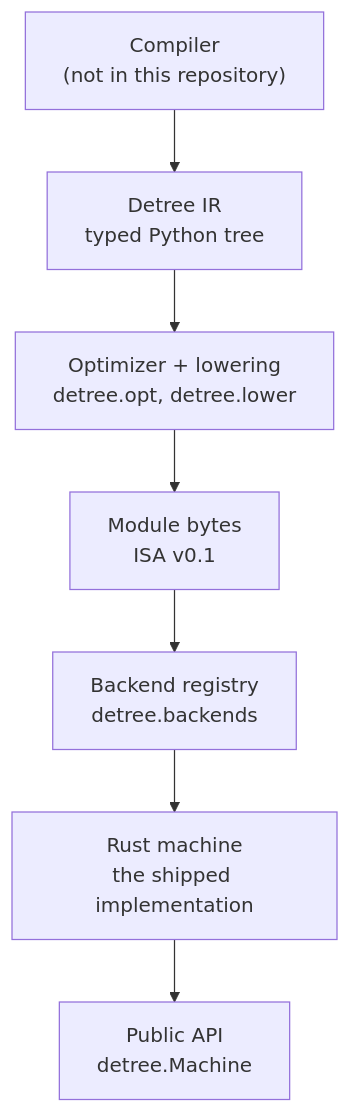
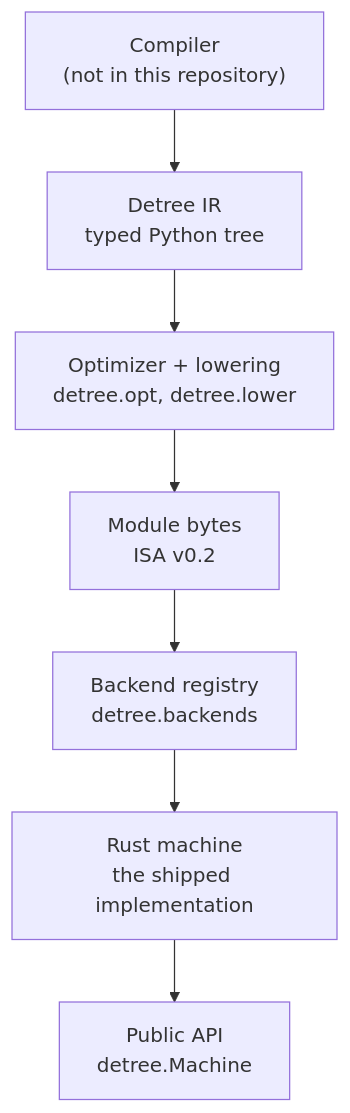
One commit to mrzimu/detree-vm changed the diagram in docs/design/architecture.md. Above: the diagram before and after it, drawn with Mermaid. The commit also changed other lines of this file and 54 other files, not shown here.

````diff
--- a/docs/design/architecture.md
+++ b/docs/design/architecture.md
@@ -23,12 +23,12 @@
 ```mermaid
 flowchart TB
     compiler["Compiler<br/>(not in this repository)"]
     ir["Detree IR<br/>typed Python tree"]
     lower["Optimizer + lowering<br/>detree.opt, detree.lower"]
-    module["Module bytes<br/>ISA v0.1"]
+    module["Module bytes<br/>ISA v0.2"]
     reg["Backend registry<br/>detree.backends"]
     rust["Rust machine<br/>the shipped implementation"]
     api["Public API<br/>detree.Machine"]
 
     compiler --> ir --> lower --> module --> reg --> rust --> api
 ```
````
